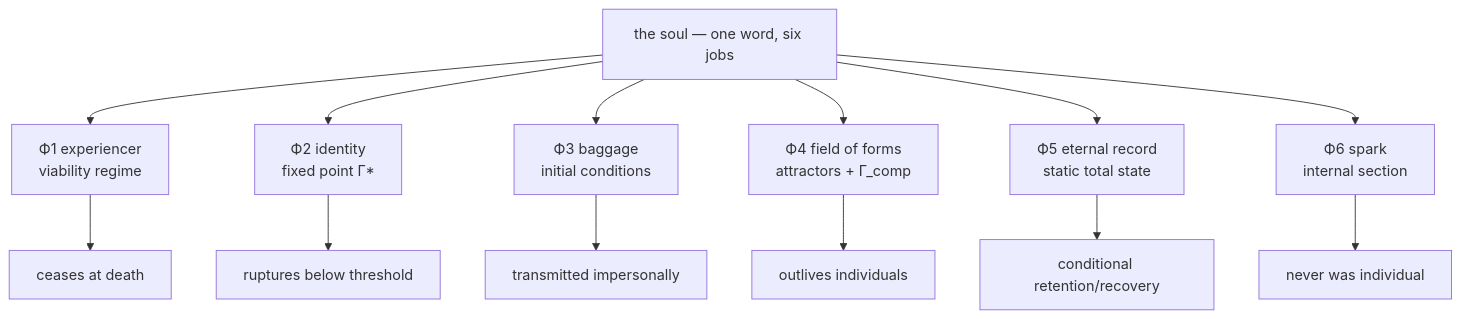
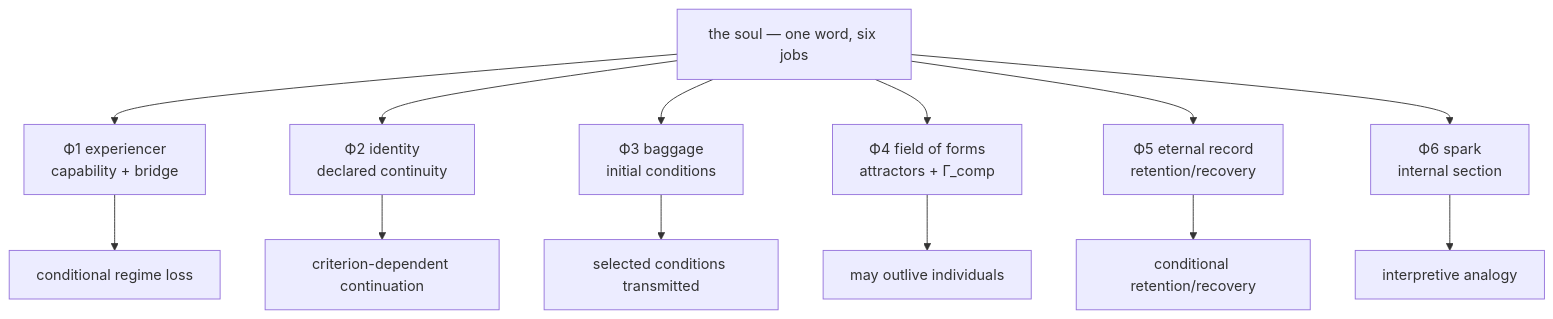
Before and after one commit to gst-st/uhm: the diagram in website/docs/consciousness/comparative/soul-decomposition.md, drawn with Mermaid. The commit also changed other lines of this file and 41 other files, not shown here.

````diff
--- a/website/docs/consciousness/comparative/soul-decomposition.md
+++ b/website/docs/consciousness/comparative/soul-decomposition.md
@@ -208,22 +197,22 @@
 ```mermaid
 graph TD
     SOUL["the soul — one word, six jobs"]
-    F1["Ф1 experiencer<br/>viability regime"]
-    F2["Ф2 identity<br/>fixed point Γ*"]
+    F1["Ф1 experiencer<br/>capability + bridge"]
+    F2["Ф2 identity<br/>declared continuity"]
     F3["Ф3 baggage<br/>initial conditions"]
     F4["Ф4 field of forms<br/>attractors + Γ_comp"]
-    F5["Ф5 eternal record<br/>static total state"]
+    F5["Ф5 eternal record<br/>retention/recovery"]
     F6["Ф6 spark<br/>internal section"]
     SOUL --> F1
     SOUL --> F2
     SOUL --> F3
     SOUL --> F4
     SOUL --> F5
     SOUL --> F6
-    F1 --> D1["ceases at death"]
-    F2 --> D2["ruptures below threshold"]
-    F3 --> D3["transmitted impersonally"]
-    F4 --> D4["outlives individuals"]
+    F1 --> D1["conditional regime loss"]
+    F2 --> D2["criterion-dependent continuation"]
+    F3 --> D3["selected conditions transmitted"]
+    F4 --> D4["may outlive individuals"]
     F5 --> D5["conditional retention/recovery"]
-    F6 --> D6["never was individual"]
+    F6 --> D6["interpretive analogy"]
 ```
````
